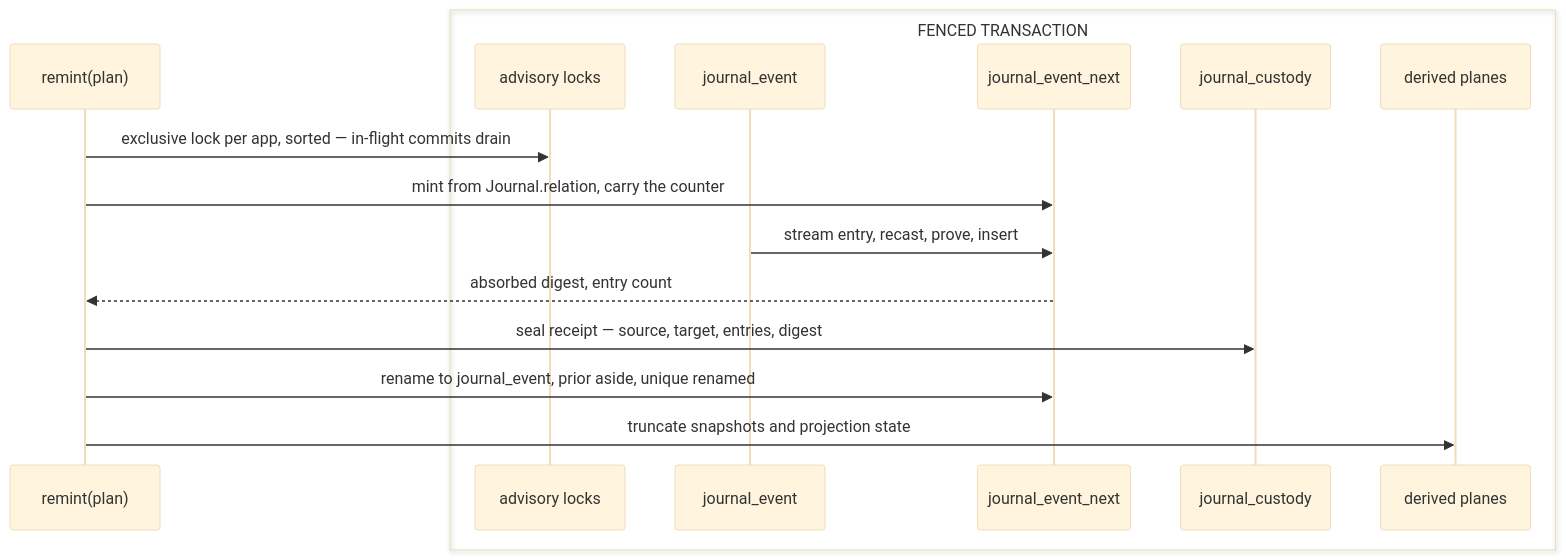
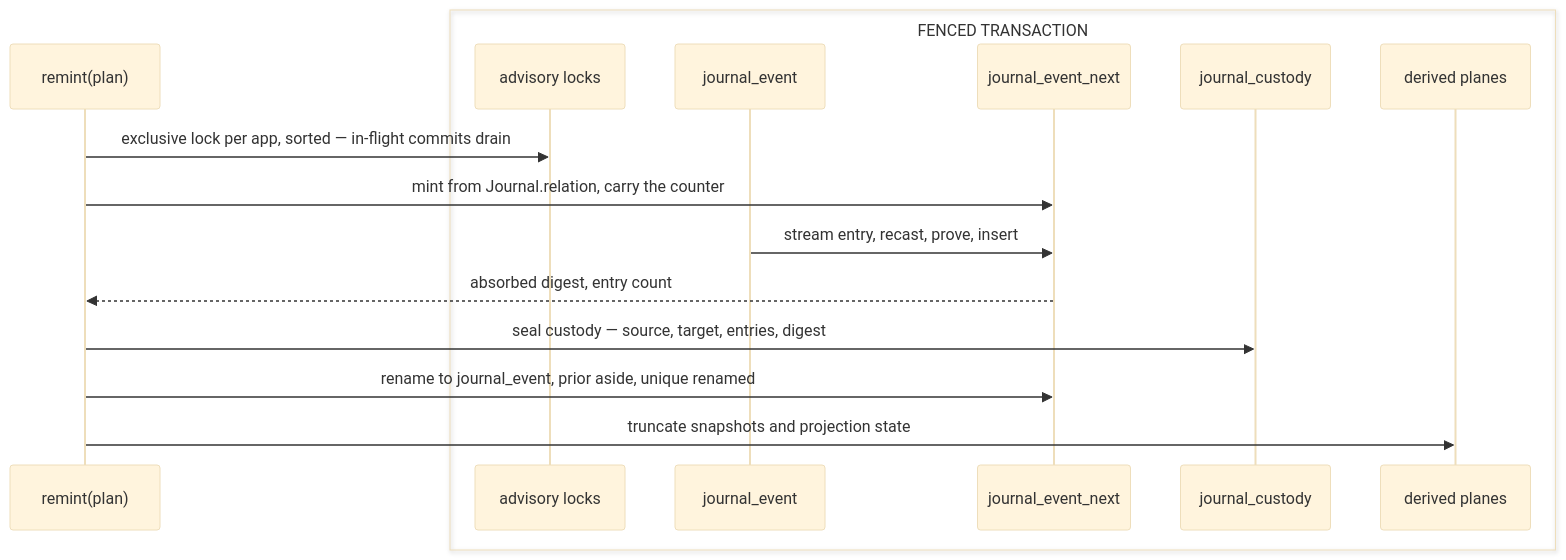
One commit to bsamiee/Rasm changed the diagram in libs/typescript/data/.planning/journal/evolve.md. Above: the diagram before and after it, drawn with Mermaid (base theme). The commit also changed other lines of this file and 1417 other files, not shown here.

````diff
--- a/libs/typescript/data/.planning/journal/evolve.md
+++ b/libs/typescript/data/.planning/journal/evolve.md
@@ -37,20 +37,20 @@
 ```mermaid
 sequenceDiagram
   accTitle: Journal generation cutover
-  accDescr: The cutover fences every app, mints the shadow from the relation's own DDL, carries the counter, streams every entry through the recast into the shadow, seals the custody receipt, swaps the relations, and truncates the derived planes.
+  accDescr: The cutover fences every app, mints the shadow from the relation's own DDL, carries the counter, streams every entry through the recast into the shadow, seals the custody row, swaps the relations, and truncates the derived planes.
   participant O as remint(plan)
   box transparent FENCED TRANSACTION
     participant F as advisory locks
     participant L as journal_event
     participant N as journal_event_next
     participant C as journal_custody
     participant D as derived planes
   end
   O->>F: exclusive lock per app, sorted — in-flight commits drain
   O->>N: mint from Journal.relation, carry the counter
   L->>N: stream entry, recast, prove, insert
   N-->>O: absorbed digest, entry count
-  O->>C: seal receipt — source, target, entries, digest
+  O->>C: seal custody — source, target, entries, digest
   O->>N: rename to journal_event, prior aside, unique renamed
   O->>D: truncate snapshots and projection state
 ```
````
